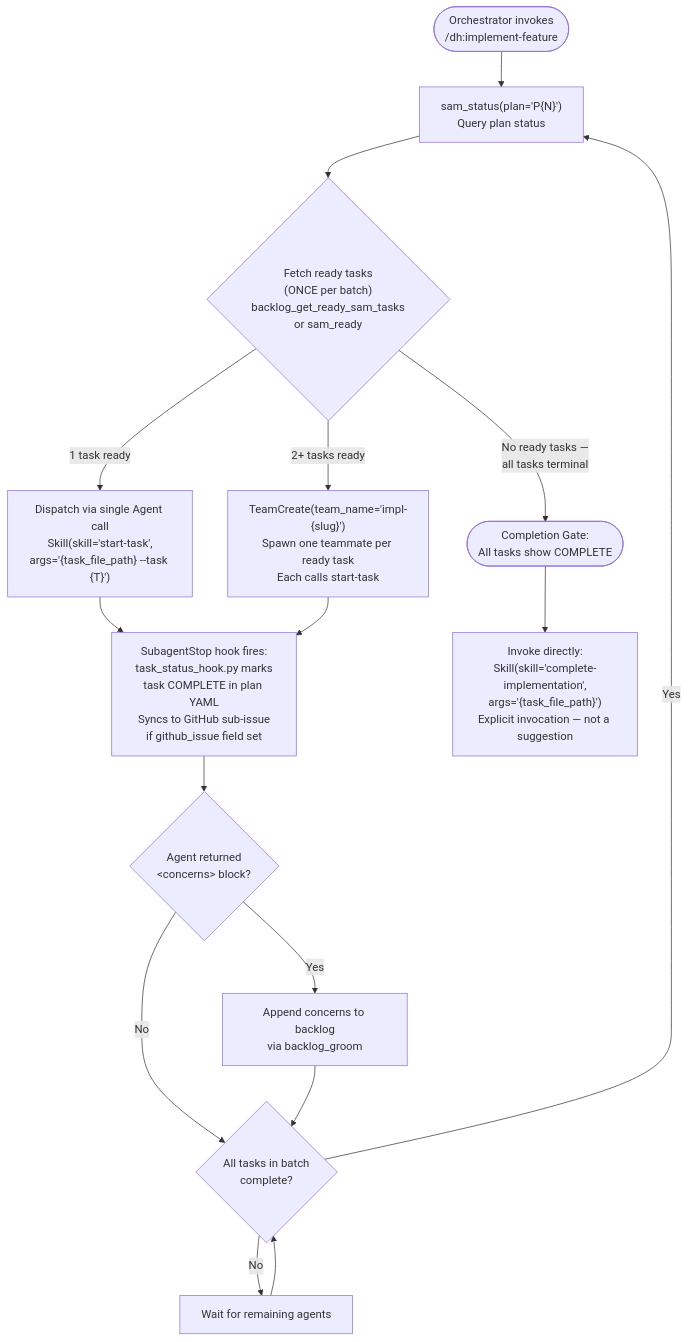
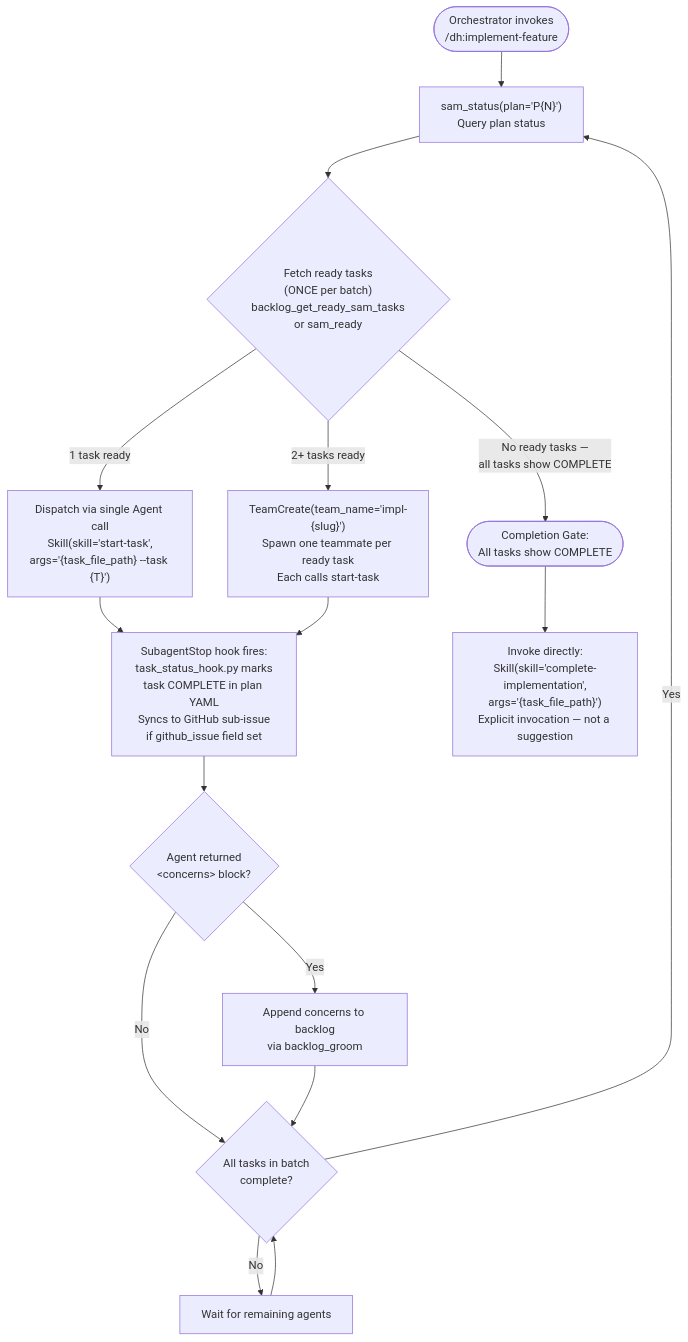
Before and after one commit to chgreer1070/claude_skills: the sixth of 8 diagrams in plugins/development-harness/docs/backlog-item-lifecycle.md, drawn with Mermaid. The commit also changed other lines of this file and 2 other files, not shown here.

First line of the commit message:
feat(dh): add stable node IDs, contracts, and structural Mermaid fixes to lifecycle doc

````diff
--- a/plugins/development-harness/docs/backlog-item-lifecycle.md
+++ b/plugins/development-harness/docs/backlog-item-lifecycle.md
@@ -277,27 +383,28 @@
 ```mermaid
 flowchart TD
-    Start(["Orchestrator invokes<br>/dh:implement-feature"]) --> Status["sam_status(plan='P{N}')<br>Query plan status"]
+    P5_START(["Orchestrator invokes<br>/dh:implement-feature"]) --> P5_STATUS["sam_status(plan='P{N}')<br>Query plan status"]
 
-    Status --> Ready{"Fetch ready tasks<br>(ONCE per batch)<br>backlog_get_ready_sam_tasks<br>or sam_ready"}
-    Ready -->|"No ready tasks —<br>all tasks terminal"| Complete
-    Ready -->|"1 task ready"| Single["Dispatch via single Agent call<br>Skill(skill='start-task',<br>args='{task_file_path} --task {T}')"]
-    Ready -->|"2+ tasks ready"| Team["TeamCreate(team_name='impl-{slug}')<br>Spawn one teammate per ready task<br>Each calls start-task"]
+    P5_STATUS --> P5_READY{"Fetch ready tasks<br>(ONCE per batch)<br>backlog_get_ready_sam_tasks<br>or sam_ready"}
+    %% Note: BLOCKED tasks also produce no ready tasks — see Gap note in Phase 5 prose
+    P5_READY -->|"No ready tasks —<br>all tasks show COMPLETE"| P5_COMPLETE
+    P5_READY -->|"1 task ready"| P5_DISPATCH_SINGLE["Dispatch via single Agent call<br>Skill(skill='start-task',<br>args='{task_file_path} --task {T}')"]
+    P5_READY -->|"2+ tasks ready"| P5_DISPATCH_TEAM["TeamCreate(team_name='impl-{slug}')<br>Spawn one teammate per ready task<br>Each calls start-task"]
 
-    Single --> Hook
-    Team --> Hook
+    P5_DISPATCH_SINGLE --> P5_HOOK
+    P5_DISPATCH_TEAM --> P5_HOOK
 
-    Hook["SubagentStop hook fires:<br>task_status_hook.py marks<br>task COMPLETE in plan YAML<br>Syncs to GitHub sub-issue<br>if github_issue field set"]
+    P5_HOOK["SubagentStop hook fires:<br>task_status_hook.py marks<br>task COMPLETE in plan YAML<br>Syncs to GitHub sub-issue<br>if github_issue field set"]
 
-    Hook --> Concerns{"Agent returned<br>&lt;concerns&gt; block?"}
-    Concerns -->|Yes| Log["Append concerns to backlog<br>via backlog_groom"]
-    Concerns -->|No| BatchDone
-    Log --> BatchDone
+    P5_HOOK --> P5_CONCERNS{"Agent returned<br>&lt;concerns&gt; block?"}
+    P5_CONCERNS -->|Yes| P5_LOG_CONCERNS["Append concerns to backlog<br>via backlog_groom"]
+    P5_CONCERNS -->|No| P5_BATCH_CHECK
+    P5_LOG_CONCERNS --> P5_BATCH_CHECK
 
-    BatchDone{"All tasks in batch<br>complete?"}
-    BatchDone -->|No| Wait["Wait for remaining agents"]
-    BatchDone -->|Yes| Status
-    Wait --> BatchDone
+    P5_BATCH_CHECK{"All tasks in batch<br>complete?"}
+    P5_BATCH_CHECK -->|No| P5_WAIT["Wait for remaining agents"]
+    P5_BATCH_CHECK -->|Yes| P5_STATUS
+    P5_WAIT --> P5_BATCH_CHECK
 
-    Complete(["Completion Gate:<br>All tasks show COMPLETE"])
-    Complete --> Invoke["Invoke directly:<br>Skill(skill='complete-implementation',<br>args='{task_file_path}')<br>Explicit invocation — not a suggestion"]
+    P5_COMPLETE(["Completion Gate:<br>All tasks show COMPLETE"])
+    P5_COMPLETE --> P5_INVOKE_QG["Invoke directly:<br>Skill(skill='complete-implementation',<br>args='{task_file_path}')<br>Explicit invocation — not a suggestion"]
 ```
````
